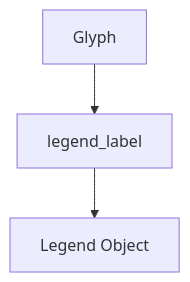
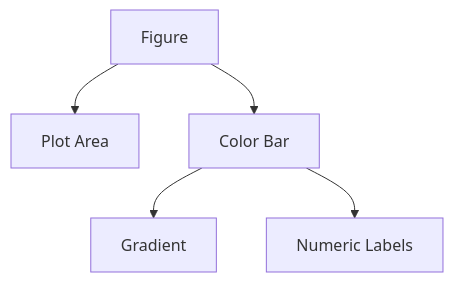
The diagram in Trimester 1/Data Visualization & Storytelling/W10 - Module 4c. Python Bokeh package/L29/Decorating the Visuals/Internal Architecture.md (Balasubramanian-pg/MSC.-Data-Science-AI), drawn with Mermaid before and after one commit.

Commit message:
Add split section: Internal Architecture

````diff
--- a/Trimester 1/Data Visualization & Storytelling/W10 - Module 4c. Python Bokeh package/L29/Decorating the Visuals/Internal Architecture.md
+++ b/Trimester 1/Data Visualization & Storytelling/W10 - Module 4c. Python Bokeh package/L29/Decorating the Visuals/Internal Architecture.md
@@ -3,6 +3,10 @@
 ```mermaid
 flowchart TD
-    A[Glyph]
-    A --> B[legend_label]
-    B --> C[Legend Object]
+    A[Figure]
+
+    A --> B[Plot Area]
+    A --> C[Color Bar]
+
+    C --> D[Gradient]
+    C --> E[Numeric Labels]
 ```
````
